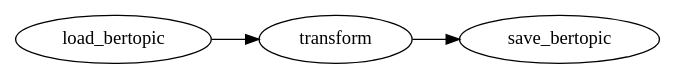
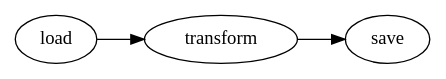
The diagram in dag-tasks/bertopic_transform.dot (LBONTEN/Analysis-ML2Grow), drawn with Graphviz before and after one commit. The commit also changed 10 other files, not shown here.

```diff
--- a/dag-tasks/bertopic_transform.dot
+++ b/dag-tasks/bertopic_transform.dot
@@ -1,6 +1,6 @@
 digraph {
     rankdir=LR
     
-    load_bertopic -> transform
-    transform -> save_bertopic
+    load -> transform
+    transform -> save
 }
```
